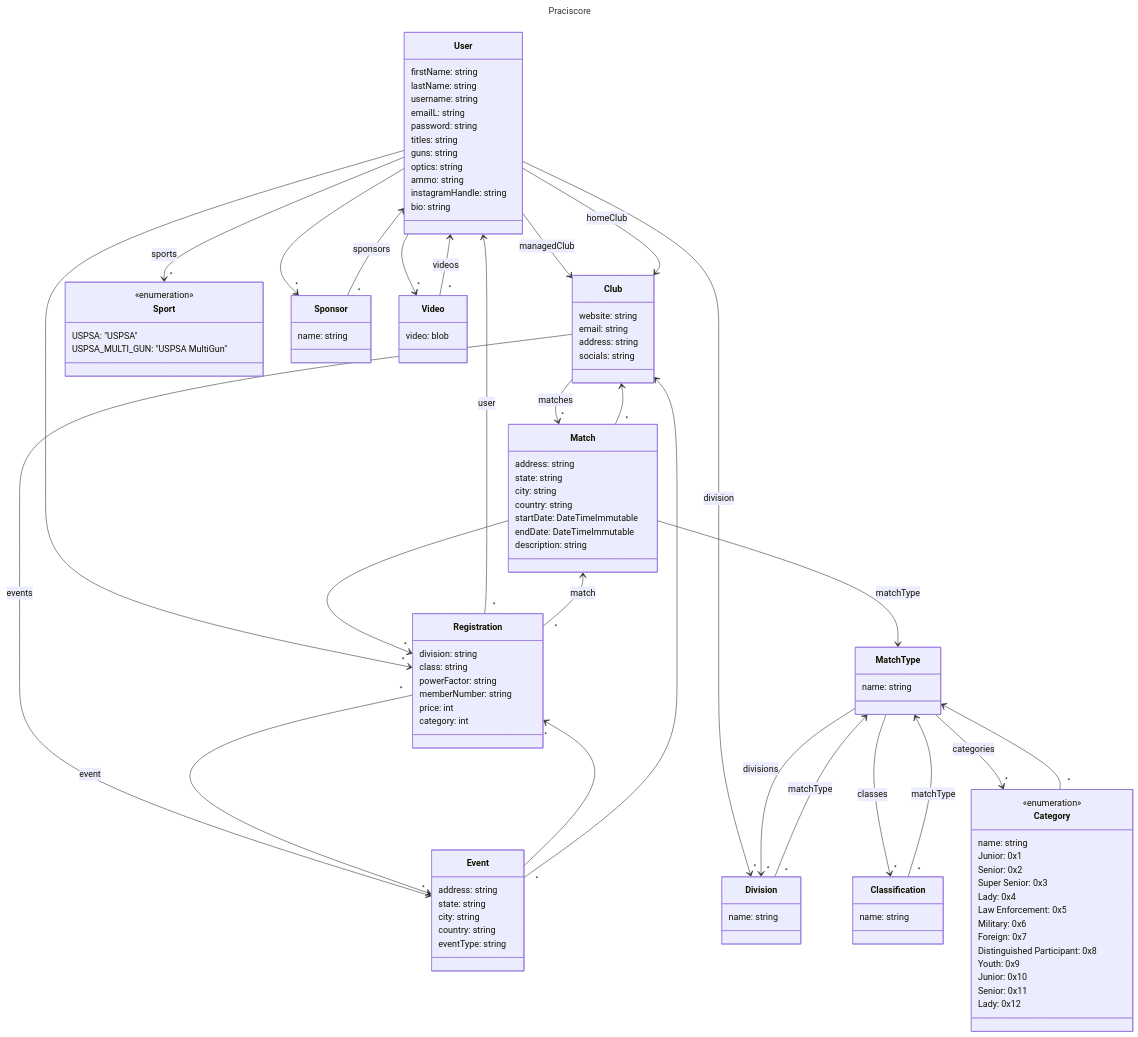
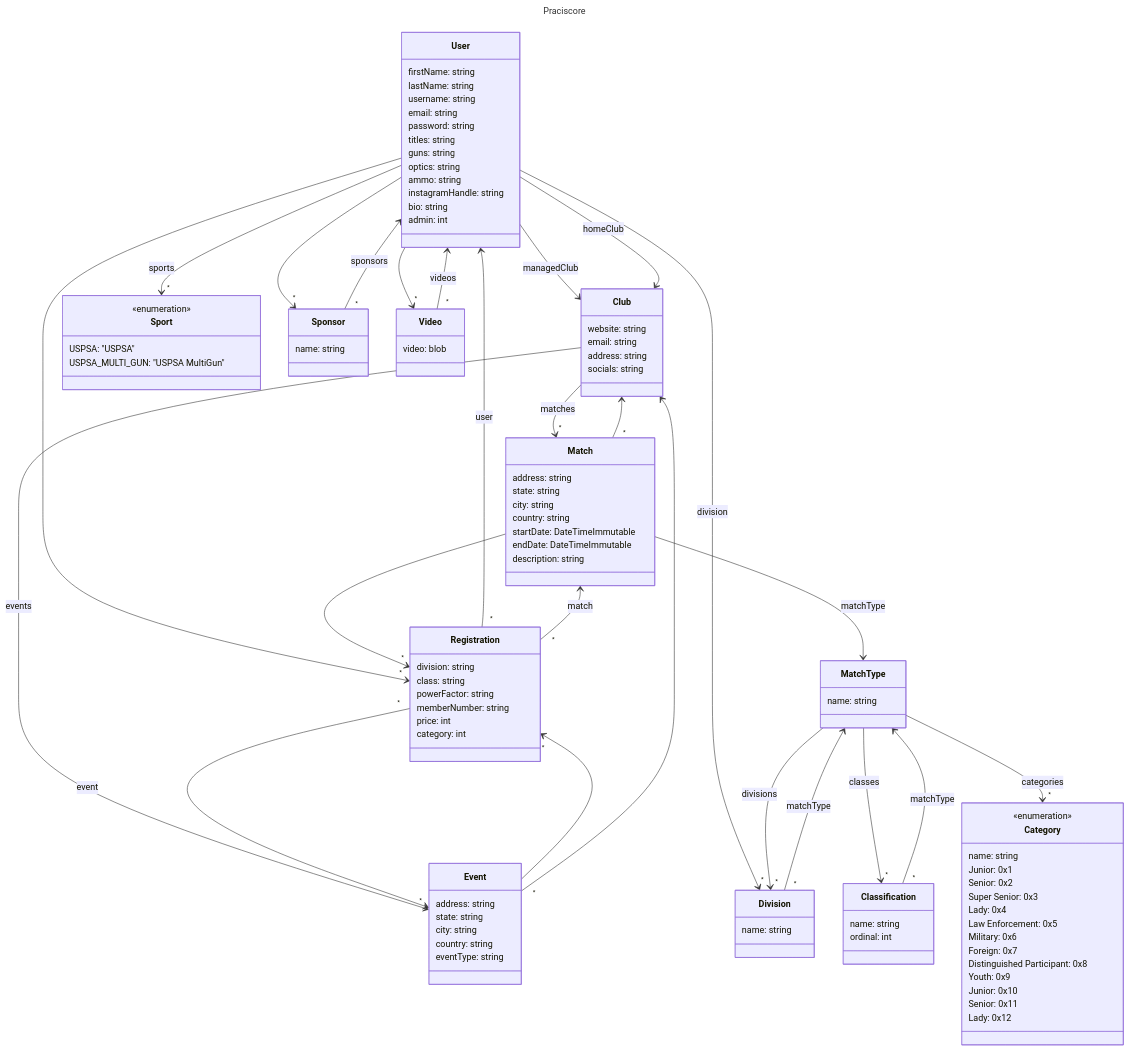
The diagram in docs/class_diagram.mmd (DankYoda/Practiscore), drawn with Mermaid before and after one commit. The commit also changed 3 other files, not shown here.

```diff
--- a/docs/class_diagram.mmd
+++ b/docs/class_diagram.mmd
@@ -1,117 +1,119 @@
 ---
 title: Praciscore
 ---
 classDiagram
     User --> Club: managedClub
     User --> Club: homeClub
     User --> "*" Sport: sports
     User --> "*" Division: division
     User --> "*" Sponsor
     User --> "*" Video
     User --> "*" Registration
     class User {
         firstName: string
         lastName: string
         username: string
-        emailL: string
+        email: string
         password: string
         titles: string
         guns: string
         optics: string
         ammo: string
         instagramHandle: string
         bio: string
+        admin: int
     }
     Club --> "*" Match: matches
     Club --> "*" Event: events
     class Club {
         website: string
         email: string
         address: string
         socials: string
     }
     Match --> "*" Registration
     Match --> MatchType: matchType
     Match "*" --> Club
     class Match {
         address: string
         state: string
         city: string
         country: string
         startDate: DateTimeImmutable
         endDate: DateTimeImmutable
         description: string
     }
     Registration "*" --> User: user
     Registration "*" --> Event: event
     Registration "*" --> Match: match
     class Registration {
         division: string
         class: string
         powerFactor: string
         memberNumber: string
         price: int
         category: int
     }
 
     Event --> "*" Registration
     Event "*" --> Club
     class Event {
         address: string
         state: string
         city: string
         country: string
         eventType: string
     }
 
     MatchType --> "*" Division: divisions
     MatchType --> "*" Classification: classes
     MatchType --> "*" Category: categories
     class MatchType {
         name: string
     }
     Division "*" --> MatchType: matchType
     class Division {
         name: string
     }
     Classification "*" --> MatchType: matchType
     class Classification {
         name: string
+        ordinal: int
     }
-    Category "*" --> MatchType
+
     class Category {
         name: string
     }
 
 
     Sponsor "*" --> User: sponsors
     class Sponsor {
         name: string
     }
 
     class Sport {
         <<enumeration>>
         USPSA: "USPSA"
         USPSA_MULTI_GUN: "USPSA MultiGun"
     }
 
     class Category {
         <<enumeration>>
         Junior: 0x1
         Senior: 0x2
         Super Senior: 0x3
         Lady: 0x4
         Law Enforcement: 0x5
         Military: 0x6
         Foreign: 0x7
         Distinguished Participant: 0x8
         Youth: 0x9
         Junior: 0x10
         Senior: 0x11
         Lady: 0x12
     }
 
     Video "*" --> User: videos
     class Video {
         video: blob
     }
```
